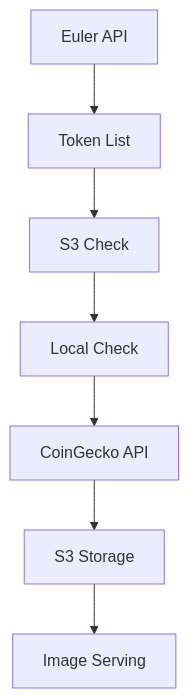
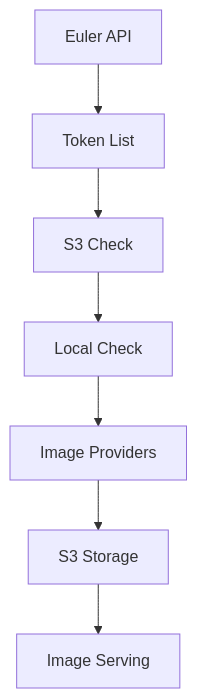
The fifth of 5 diagrams in README.md (euler-xyz/token-images), drawn with Mermaid before and after one commit. The commit also changed other lines of this file and 1 other file, not shown here.

````diff
--- a/README.md
+++ b/README.md
@@ -240,9 +223,9 @@
 ```mermaid
 graph TD
     A[Euler API] --> B[Token List]
     B --> C[S3 Check]
     C --> D[Local Check]
-    D --> E[CoinGecko API]
+    D --> E[Image Providers]
     E --> F[S3 Storage]
     F --> G[Image Serving]
 ```
````
